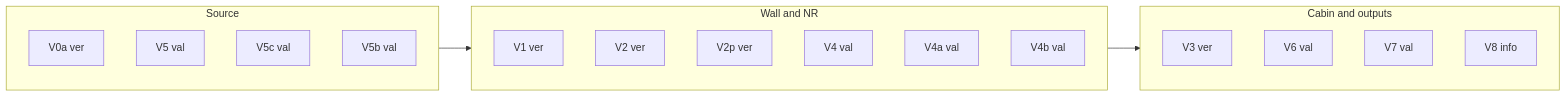
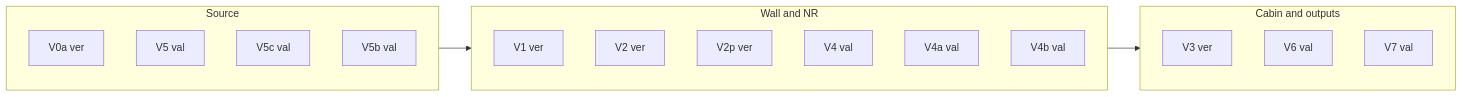
Before and after one commit to hoangf1/PAIN: the fifth of 5 diagrams in Cabin_Noise/VALIDATION.md, drawn with Mermaid. The commit also changed other lines of this file and 6 other files, not shown here.

````diff
--- a/Cabin_Noise/VALIDATION.md
+++ b/Cabin_Noise/VALIDATION.md
@@ -90,24 +89,23 @@
 ```mermaid
 flowchart LR
     subgraph Source
         V0a["V0a ver"]
         V5["V5 val"]
         V5c["V5c val"]
         V5b["V5b val"]
     end
     subgraph Wall_and_NR["Wall and NR"]
         V1["V1 ver"]
         V2["V2 ver"]
         V2p["V2p ver"]
         V4["V4 val"]
         V4a["V4a val"]
         V4b["V4b val"]
     end
     subgraph Cabin_and_outputs["Cabin and outputs"]
         V3["V3 ver"]
         V6["V6 val"]
         V7["V7 val"]
-        V8["V8 info"]
     end
     Source --> Wall_and_NR --> Cabin_and_outputs
 ```
````
